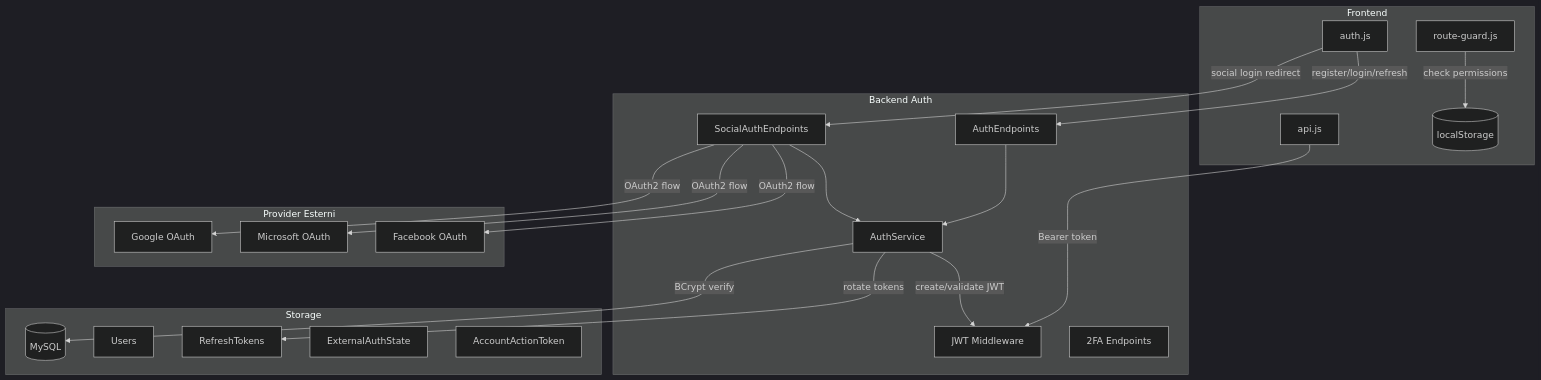
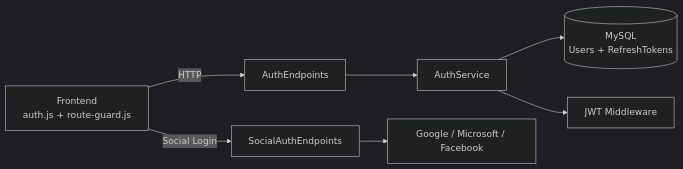
One commit to RizzoThomas/esercizioopencodefilm changed the first of 2 diagrams in film-app-dev_iteration_4/presentazione/03-autenticazione.md. Above: the diagram before and after it, drawn with Mermaid (dark theme). The commit also changed 16 other files, not shown here.

````diff
--- a/film-app-dev_iteration_4/presentazione/03-autenticazione.md
+++ b/film-app-dev_iteration_4/presentazione/03-autenticazione.md
@@ -23,45 +23,9 @@
 ```mermaid
-graph TB
-    subgraph "Frontend"
-        AUTH[auth.js]
-        RG[route-guard.js]
-        API[api.js]
-        LS[(localStorage)]
-    end
-
-    subgraph "Backend Auth"
-        AE[AuthEndpoints]
-        AS[AuthService]
-        JWT[JWT Middleware]
-        SES[SocialAuthEndpoints]
-        TOTP[2FA Endpoints]
-    end
-
-    subgraph "Storage"
-        DB[(MySQL)]
-        USR[Users]
-        RT[RefreshTokens]
-        EAS[ExternalAuthState]
-        AAT[AccountActionToken]
-    end
-
-    subgraph "Provider Esterni"
-        GOOG[Google OAuth]
-        MSFT[Microsoft OAuth]
-        FB[Facebook OAuth]
-    end
-
-    AUTH -->|register/login/refresh| AE
-    AUTH -->|social login redirect| SES
-    RG -->|check permissions| LS
-    API -->|Bearer token| JWT
-
-    AE --> AS
-    SES --> AS
-    AS -->|BCrypt verify| DB
-    AS -->|create/validate JWT| JWT
-    AS -->|rotate tokens| RT
-    SES -->|OAuth2 flow| GOOG
-    SES -->|OAuth2 flow| MSFT
-    SES -->|OAuth2 flow| FB
+graph LR
+    FRONT[Frontend<br/>auth.js + route-guard.js] -->|HTTP| END[AuthEndpoints]
+    END --> SVC[AuthService]
+    SVC --> DB[(MySQL<br/>Users + RefreshTokens)]
+    SVC --> JWT[JWT Middleware]
+    FRONT -->|Social Login| SOC[SocialAuthEndpoints]
+    SOC --> EXT[Google / Microsoft / Facebook]
 ```
````
